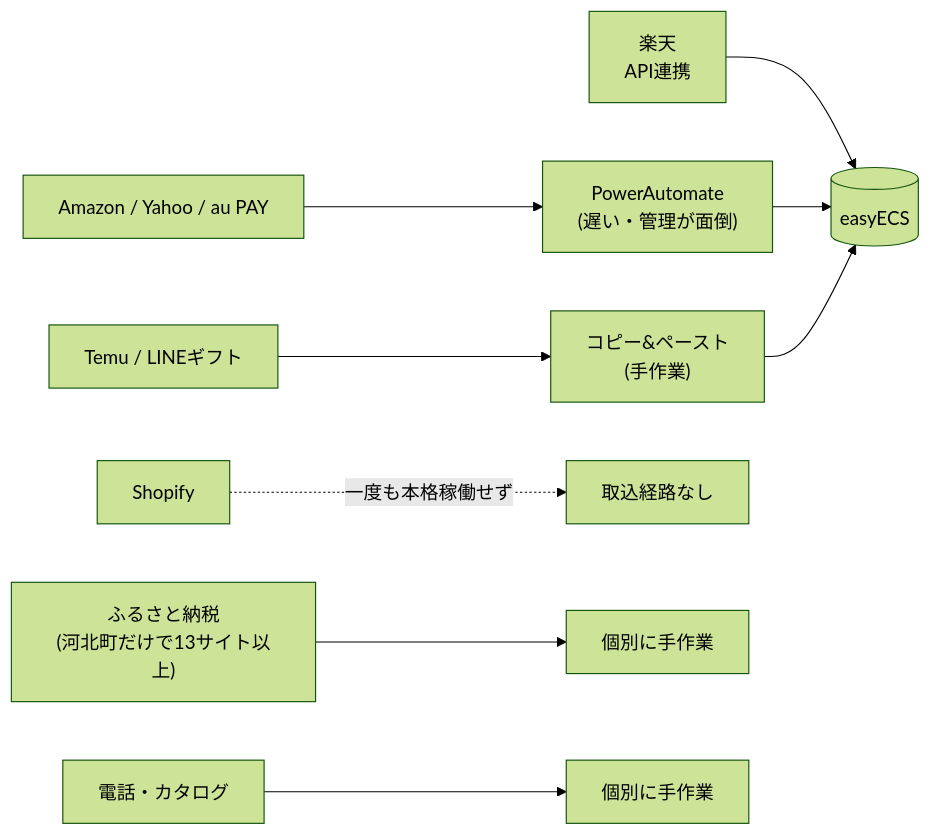
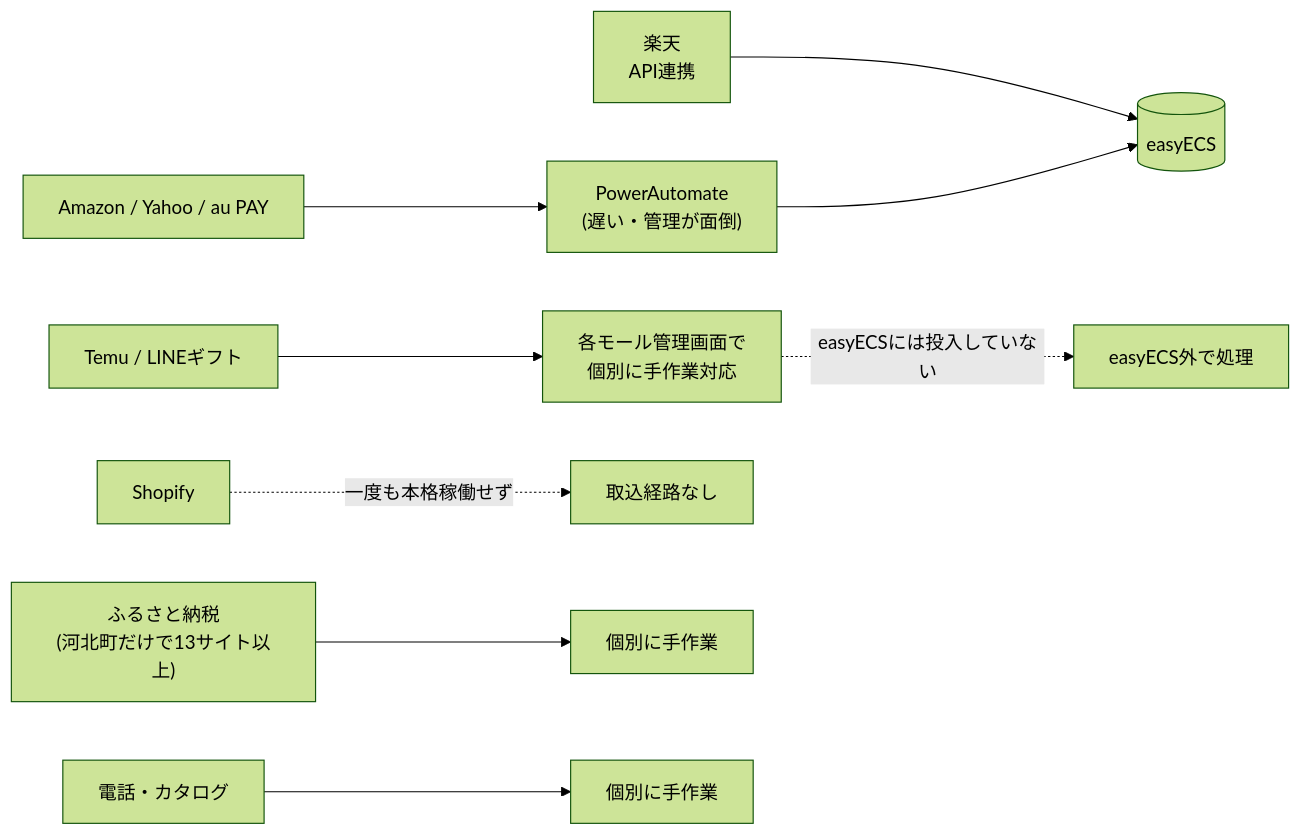
One commit to CHOISC1208/obisidian changed the first of 3 diagrams in 03_freelance/03-03_緑茶園/打ち合わせ/2026-09-16/テーマ1 - 受注チャネル統合の方向性協議.md. Above: the diagram before and after it, drawn with Mermaid (forest theme). The commit also changed other lines of this file and 9 other files, not shown here.

````diff
--- a/03_freelance/03-03_緑茶園/打ち合わせ/2026-09-16/テーマ1 - 受注チャネル統合の方向性協議.md
+++ b/03_freelance/03-03_緑茶園/打ち合わせ/2026-09-16/テーマ1 - 受注チャネル統合の方向性協議.md
@@ -53,15 +55,15 @@
 ```mermaid
 flowchart LR
     RAK["楽天<br/>API連携"] --> ECS[("easyECS")]
 
     AYA["Amazon / Yahoo / au PAY"] --> PA["PowerAutomate<br/>(遅い・管理が面倒)"]
     PA --> ECS
 
-    TML["Temu / LINEギフト"] --> COPY["コピー&ペースト<br/>(手作業)"]
-    COPY --> ECS
+    TML["Temu / LINEギフト"] --> COPY["各モール管理画面で<br/>個別に手作業対応"]
+    COPY -.->|easyECSには投入していない| NOECS["easyECS外で処理"]
 
     SHP["Shopify"] -.->|一度も本格稼働せず| NONE["取込経路なし"]
 
     FTK["ふるさと納税<br/>(河北町だけで13サイト以上)"] --> HAND1["個別に手作業"]
     DEN["電話・カタログ"] --> HAND2["個別に手作業"]
 ```
````
